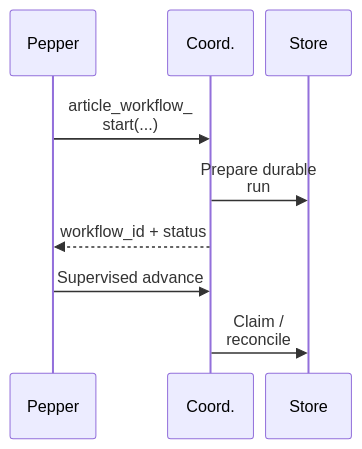
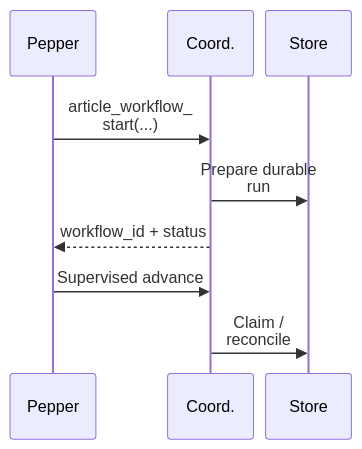
The first of 3 diagrams in docs/walkthrough.md (kartikhth-byte/AI-Workforce-Showcase), drawn with Mermaid before and after one commit. The commit also changed other lines of this file, not shown here.

Commit message:
Reserve space above sequence actors for GitHub toolbar

````diff
--- a/docs/walkthrough.md
+++ b/docs/walkthrough.md
@@ -13,21 +13,22 @@
 ```mermaid
 ---
 config:
   sequence:
     width: 85
     actorMargin: 12
     diagramMarginX: 4
+    diagramMarginY: 40
     messageMargin: 28
     wrap: true
     bottomMarginAdj: 150
 ---
 sequenceDiagram
     participant P as Pepper
     participant C as Coord.
     participant S as Store
     P->>C: article_workflow_<br/>start(...)
     C->>S: Prepare durable run
     C-->>P: workflow_id + status
     P->>C: Supervised advance
     C->>S: Claim / reconcile
 ```
````
